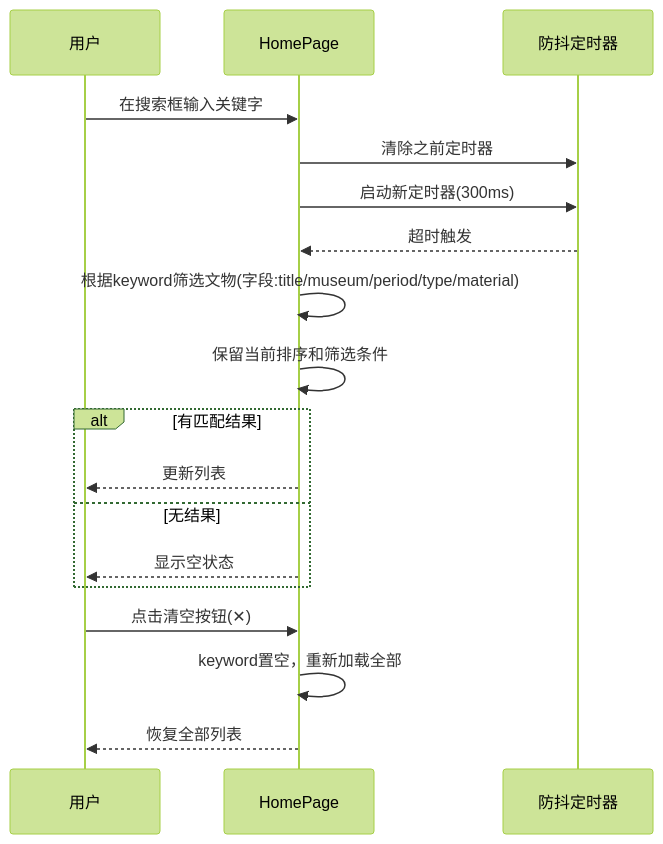
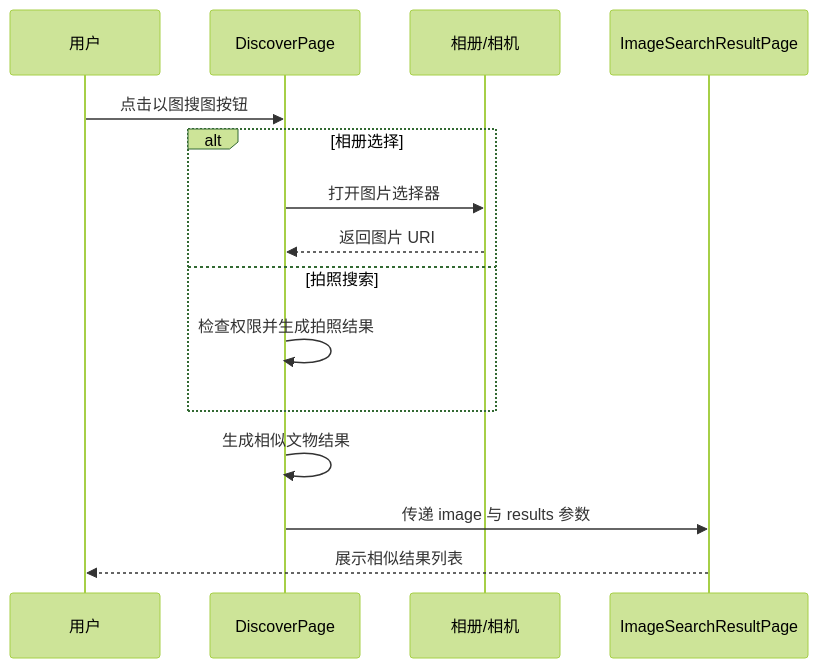
Before and after one commit to BUCT-CS2301/PalmMuseum: the seventh of 9 diagrams in Doc/设计文档.md, drawn with Mermaid (forest theme). The commit also changed other lines of this file, not shown here.

````diff
--- a/Doc/设计文档.md
+++ b/Doc/设计文档.md
@@ -567,22 +558,18 @@
 ```mermaid
 sequenceDiagram
     participant User as 用户
-    participant HomePage as HomePage
-    participant Timer as 防抖定时器
+    participant Discover as DiscoverPage
+    participant Picker as 相册/相机
+    participant Result as ImageSearchResultPage
 
-    User->>HomePage: 在搜索框输入关键字
-    HomePage->>Timer: 清除之前定时器
-    HomePage->>Timer: 启动新定时器(300ms)
-    Timer-->>HomePage: 超时触发
-    HomePage->>HomePage: 根据keyword筛选文物(字段:title/museum/period/type/material)
-    HomePage->>HomePage: 保留当前排序和筛选条件
-    alt 有匹配结果
-        HomePage-->>User: 更新列表
-    else 无结果
-        HomePage-->>User: 显示空状态
+    User->>Discover: 点击以图搜图按钮
+    alt 相册选择
+        Discover->>Picker: 打开图片选择器
+        Picker-->>Discover: 返回图片 URI
+    else 拍照搜索
+        Discover->>Discover: 检查权限并生成拍照结果
     end
-
-    User->>HomePage: 点击清空按钮(✕)
-    HomePage->>HomePage: keyword置空，重新加载全部
-    HomePage-->>User: 恢复全部列表
+    Discover->>Discover: 生成相似文物结果
+    Discover->>Result: 传递 image 与 results 参数
+    Result-->>User: 展示相似结果列表
 ```
````
